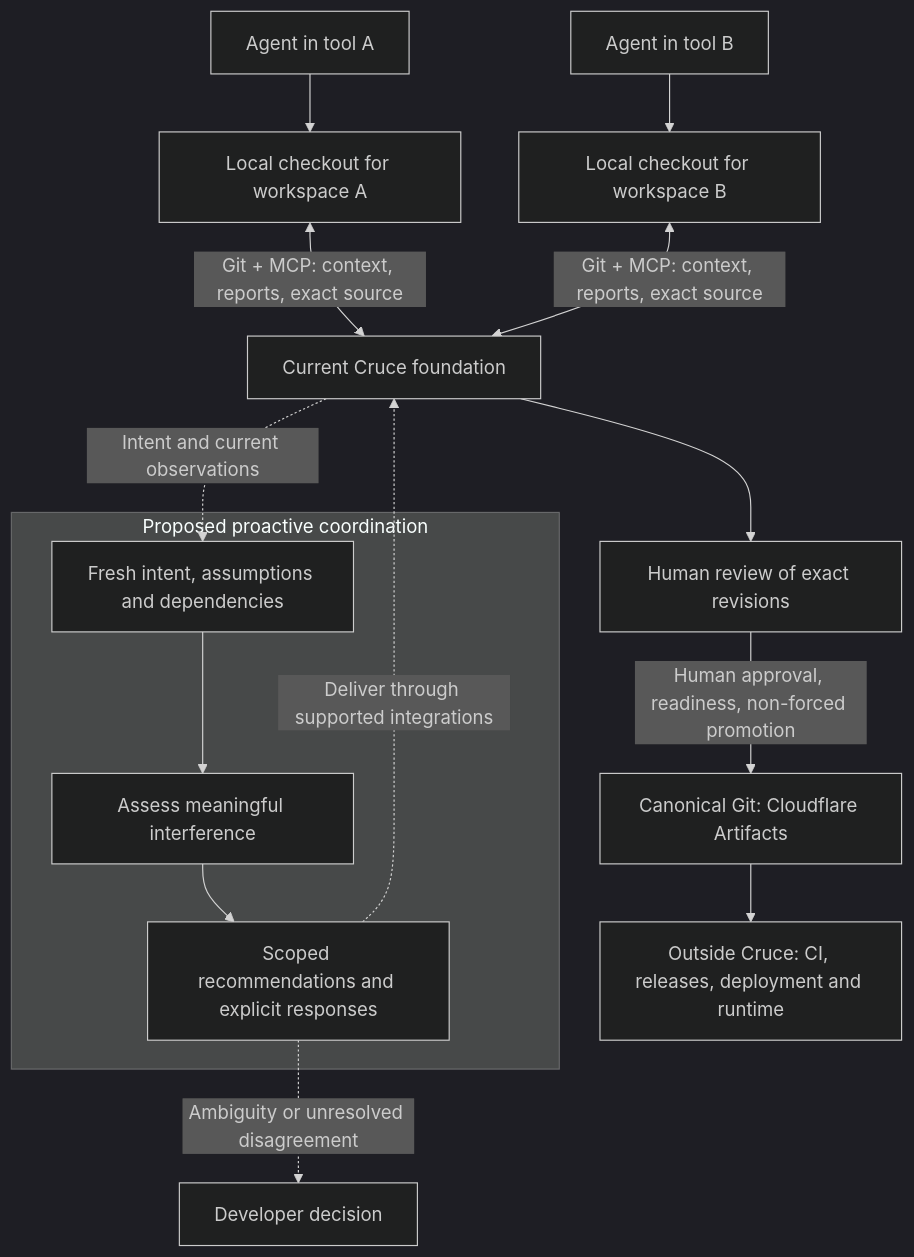
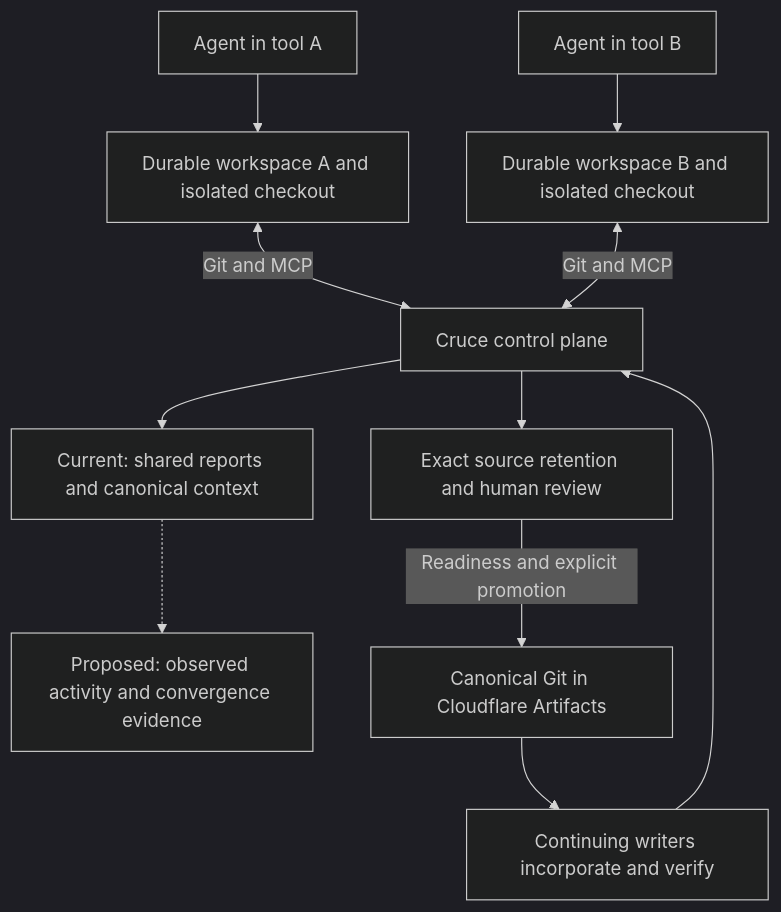
The diagram in README.md (acltabontabon/cruce), drawn with Mermaid (dark theme) before and after one commit. The commit also changed other lines of this file and 12 other files, not shown here.

First line of the commit message:
docs: audit Cruce coordination and Cloudflare architecture

````diff
--- a/README.md
+++ b/README.md
@@ -13,17 +11,13 @@
 ```mermaid
 flowchart TB
-    A[Agent in tool A] --> WA[Local checkout for workspace A]
-    B[Agent in tool B] --> WB[Local checkout for workspace B]
-    WA <-->|Git + MCP: context, reports, exact source| C[Current Cruce foundation]
-    WB <-->|Git + MCP: context, reports, exact source| C
-    subgraph Proposed[Proposed proactive coordination]
-        I[Fresh intent, assumptions and dependencies] --> M[Assess meaningful interference]
-        M --> Q[Scoped recommendations and explicit responses]
-    end
-    C -.->|Intent and current observations| I
-    Q -.->|Deliver through supported integrations| C
-    Q -.->|Ambiguity or unresolved disagreement| H[Developer decision]
-    C --> R[Human review of exact revisions]
-    R -->|Human approval, readiness, non-forced promotion| G[Canonical Git: Cloudflare Artifacts]
-    G --> X[Outside Cruce: CI, releases, deployment and runtime]
+    A[Agent in tool A] --> WA[Durable workspace A and isolated checkout]
+    B[Agent in tool B] --> WB[Durable workspace B and isolated checkout]
+    WA <-->|Git and MCP| C[Cruce control plane]
+    WB <-->|Git and MCP| C
+    C --> O[Current: shared reports and canonical context]
+    O -.-> E[Proposed: observed activity and convergence evidence]
+    C --> R[Exact source retention and human review]
+    R -->|Readiness and explicit promotion| G[Canonical Git in Cloudflare Artifacts]
+    G --> F[Continuing writers incorporate and verify]
+    F --> C
 ```
````
